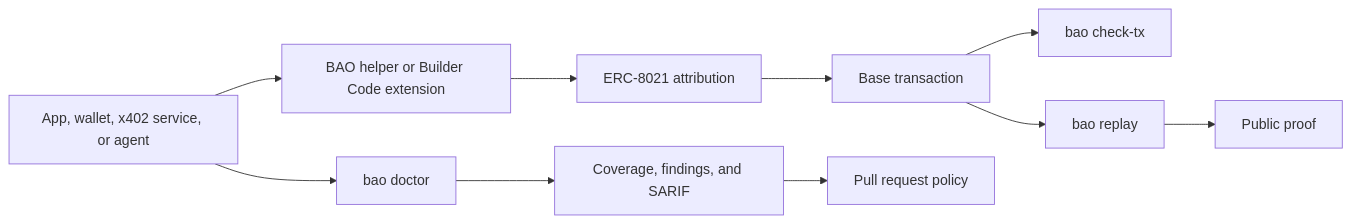
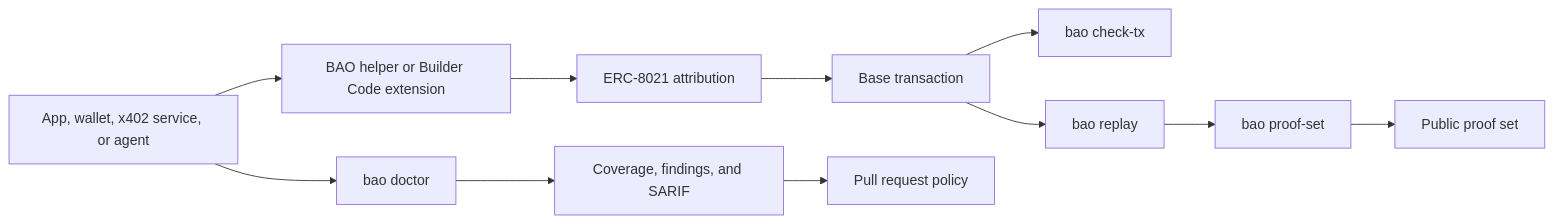
The diagram in README.md (horn111/base-attribution-os), drawn with Mermaid before and after one commit. The commit also changed other lines of this file and 34 other files, not shown here.

````diff
--- a/README.md
+++ b/README.md
@@ -21,12 +21,13 @@
 ```mermaid
 flowchart LR
   A["App, wallet, x402 service, or agent"] --> B["BAO helper or Builder Code extension"]
   B --> C["ERC-8021 attribution"]
   C --> D["Base transaction"]
   A --> E["bao doctor"]
   E --> F["Coverage, findings, and SARIF"]
   F --> G["Pull request policy"]
   D --> H["bao check-tx"]
   D --> I["bao replay"]
-  I --> J["Public proof"]
+  I --> J["bao proof-set"]
+  J --> K["Public proof set"]
 ```
````
